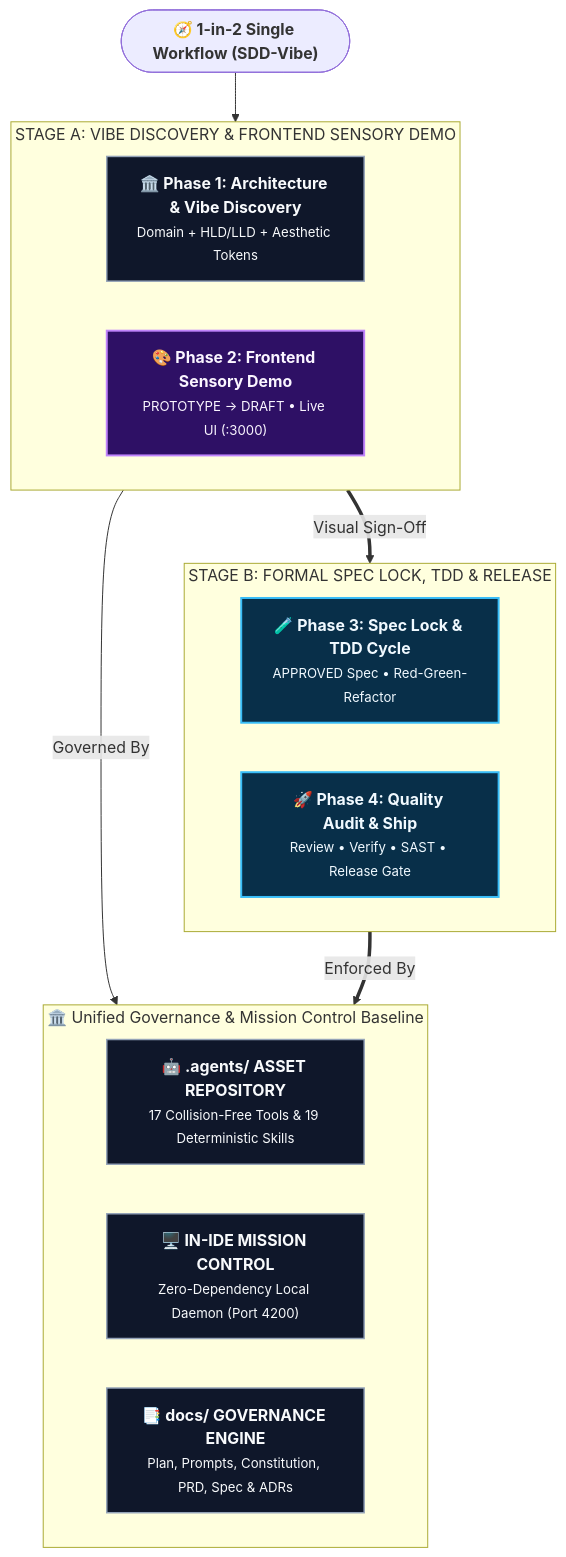
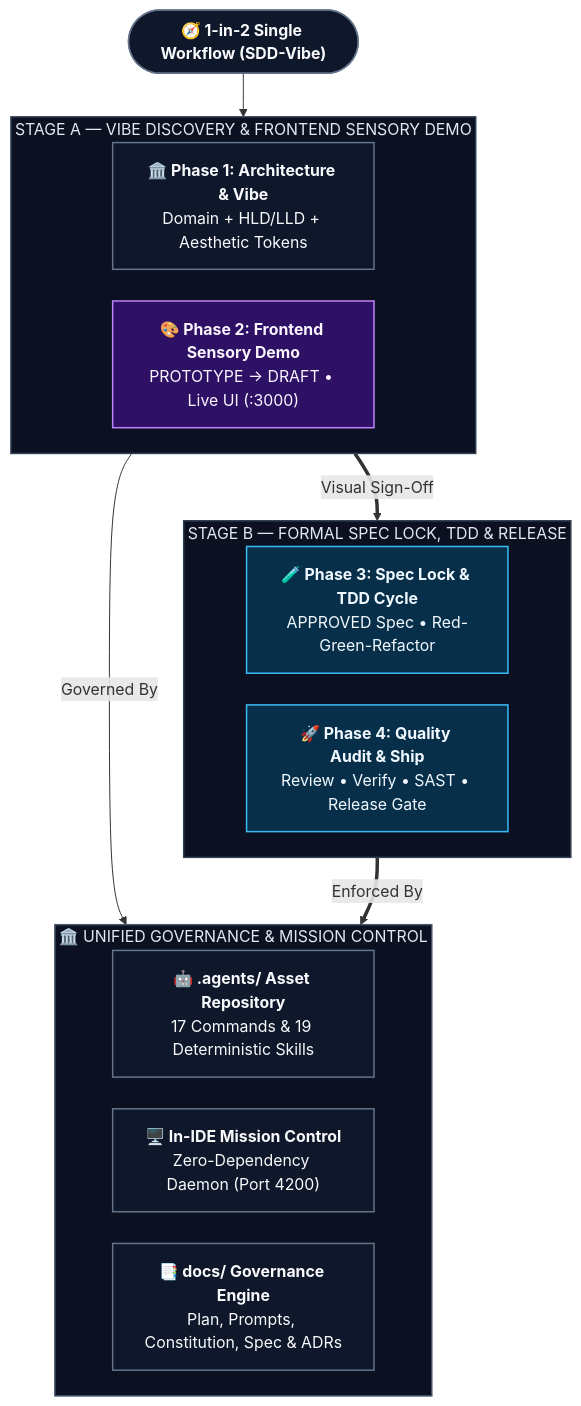
The first of 2 diagrams in README.md (ChandanAY-24/Agentic-Development-ChandanAY), drawn with Mermaid before and after one commit. The commit also changed other lines of this file and 13 other files, not shown here.

Commit message:
docs: polish Mermaid diagrams across READMEs and guides

````diff
--- a/README.md
+++ b/README.md
@@ -25,32 +25,44 @@
 ```mermaid
+%%{init: {'flowchart': {'curve': 'basis', 'padding': 16, 'nodeSpacing': 32, 'rankSpacing': 44}}}%%
 flowchart TB
     classDef gate fill:#451a03,stroke:#fbbf24,stroke-width:2px,color:#fffbeb;
-    classDef vibe fill:#2e1065,stroke:#c084fc,stroke-width:2px,color:#faf5ff;
-    classDef sdd fill:#082f49,stroke:#38bdf8,stroke-width:2px,color:#f0f9ff;
-    classDef core fill:#0f172a,stroke:#94a3b8,stroke-width:1.5px,color:#f8fafc;
+    classDef vibe fill:#2e1065,stroke:#c084fc,stroke-width:1.5px,color:#faf5ff;
+    classDef sdd fill:#082f49,stroke:#38bdf8,stroke-width:1.5px,color:#f0f9ff;
+    classDef core fill:#0f172a,stroke:#64748b,stroke-width:1.5px,color:#f8fafc;
 
-    Start(["<b>🧭 1-in-2 Single Workflow (SDD-Vibe)</b>"]) --> Stage12
+    Start(["`**🧭 1-in-2 Single Workflow (SDD-Vibe)**`"]):::core --> Stage12
 
-    subgraph Stage12 ["STAGE A: VIBE DISCOVERY & FRONTEND SENSORY DEMO"]
+    subgraph Stage12 ["STAGE A — VIBE DISCOVERY & FRONTEND SENSORY DEMO"]
         direction LR
-        Phase1["<b>🏛️ Phase 1: Architecture & Vibe Discovery</b><br/><small>Domain + HLD/LLD + Aesthetic Tokens</small>"]:::core
-        Phase2["<b>🎨 Phase 2: Frontend Sensory Demo</b><br/><small>PROTOTYPE → DRAFT • Live UI (:3000)</small>"]:::vibe
+        Phase1["`**🏛️ Phase 1: Architecture & Vibe**
+Domain + HLD/LLD + Aesthetic Tokens`"]:::core
+        Phase2["`**🎨 Phase 2: Frontend Sensory Demo**
+PROTOTYPE → DRAFT • Live UI (:3000)`"]:::vibe
     end
 
-    subgraph Stage34 ["STAGE B: FORMAL SPEC LOCK, TDD & RELEASE"]
+    subgraph Stage34 ["STAGE B — FORMAL SPEC LOCK, TDD & RELEASE"]
         direction LR
-        Phase3["<b>🧪 Phase 3: Spec Lock & TDD Cycle</b><br/><small>APPROVED Spec • Red-Green-Refactor</small>"]:::sdd
-        Phase4["<b>🚀 Phase 4: Quality Audit & Ship</b><br/><small>Review • Verify • SAST • Release Gate</small>"]:::sdd
+        Phase3["`**🧪 Phase 3: Spec Lock & TDD Cycle**
+APPROVED Spec • Red-Green-Refactor`"]:::sdd
+        Phase4["`**🚀 Phase 4: Quality Audit & Ship**
+Review • Verify • SAST • Release Gate`"]:::sdd
     end
 
-    subgraph SharedCore ["🏛️ Unified Governance & Mission Control Baseline"]
+    subgraph SharedCore ["🏛️ UNIFIED GOVERNANCE & MISSION CONTROL"]
         direction LR
-        AgentEngine["<b>🤖 .agents/ ASSET REPOSITORY</b><br/><small>17 Collision-Free Tools & 19 Deterministic Skills</small>"]:::core
-        DashboardEngine["<b>🖥️ IN-IDE MISSION CONTROL</b><br/><small>Zero-Dependency Local Daemon (Port 4200)</small>"]:::core
-        DocGovernance["<b>📑 docs/ GOVERNANCE ENGINE</b><br/><small>Plan, Prompts, Constitution, PRD, Spec & ADRs</small>"]:::core
+        AgentEngine["`**🤖 .agents/ Asset Repository**
+17 Commands & 19 Deterministic Skills`"]:::core
+        DashboardEngine["`**🖥️ In-IDE Mission Control**
+Zero-Dependency Daemon (Port 4200)`"]:::core
+        DocGovernance["`**📑 docs/ Governance Engine**
+Plan, Prompts, Constitution, Spec & ADRs`"]:::core
     end
 
     Stage12 ==>|"Visual Sign-Off"| Stage34
     Stage12 -->|"Governed By"| SharedCore
     Stage34 ==>|"Enforced By"| SharedCore
+
+    style Stage12 fill:#0b1120,stroke:#334155,stroke-width:1.5px,color:#e2e8f0
+    style Stage34 fill:#0b1120,stroke:#334155,stroke-width:1.5px,color:#e2e8f0
+    style SharedCore fill:#0b1120,stroke:#475569,stroke-width:1.5px,color:#e2e8f0
 ```
````
